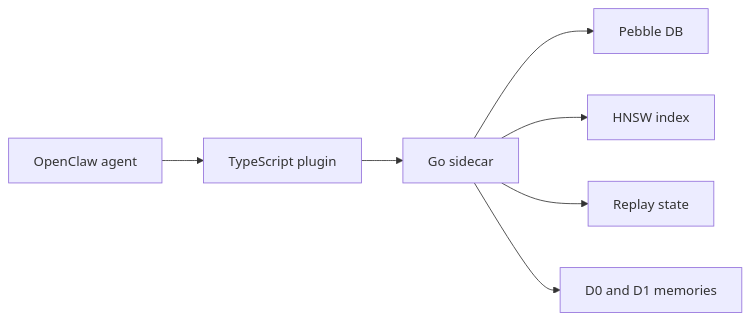
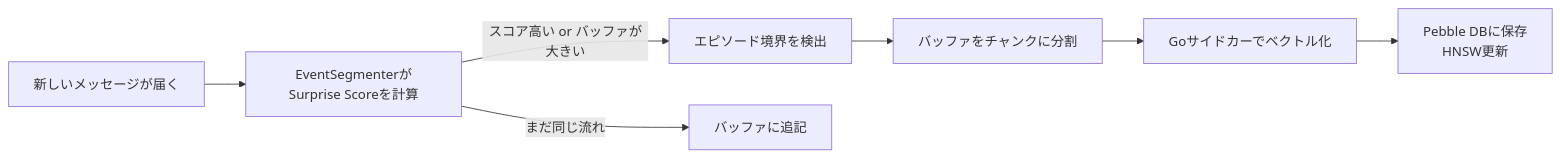
The second of 2 diagrams in README.ja.md (YoshiaKefasu/episodic-claw), drawn with Mermaid before and after one commit. The commit also changed other lines of this file and 17 other files, not shown here.

````diff
--- a/README.ja.md
+++ b/README.ja.md
@@ -52,9 +75,9 @@
 ```mermaid
 flowchart LR
-    A["OpenClaw agent"] --> B["TypeScript plugin"]
-    B --> C["Go sidecar"]
-    C --> D["Pebble DB"]
-    C --> E["HNSW index"]
-    C --> F["Replay state"]
-    C --> G["D0 and D1 memories"]
+    A[新しいメッセージが届く] --> B[EventSegmenterがSurprise Scoreを計算]
+    B -->|スコア高い or バッファが大きい| C[エピソード境界を検出]
+    C --> D[バッファをチャンクに分割]
+    D --> E[Goサイドカーでベクトル化]
+    E --> F[Pebble DBに保存\nHNSW更新]
+    B -->|まだ同じ流れ| G[バッファに追記]
 ```
````
